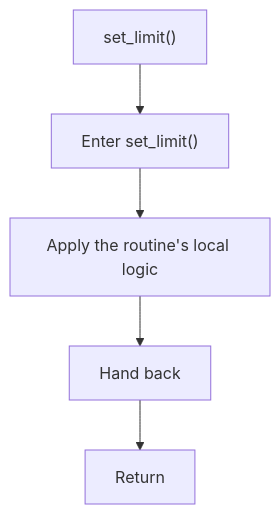
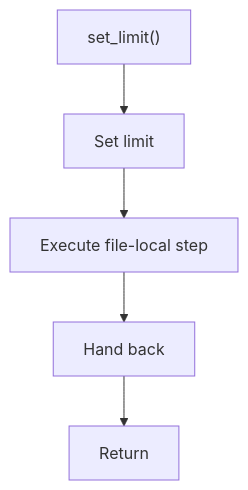
The fourth of 6 diagrams in docs/Codebase/LegacyPatternTransformSamples/legacy_builder_to_singleton_sample.cpp.md (JohnAndrewBalbarosa/NeoTerritory), drawn with Mermaid before and after one commit. The commit also changed other lines of this file and 915 other files, not shown here.

````diff
--- a/docs/Codebase/LegacyPatternTransformSamples/legacy_builder_to_singleton_sample.cpp.md
+++ b/docs/Codebase/LegacyPatternTransformSamples/legacy_builder_to_singleton_sample.cpp.md
@@ -118,12 +117,12 @@
 ```mermaid
 flowchart TD
     Start["set_limit()"]
-    N0["Enter set_limit()"]
-    N1["Apply the routine's local logic"]
+    N0["Set limit"]
+    N1["Execute file-local step"]
     N2["Hand back"]
     End["Return"]
     Start --> N0
     N0 --> N1
     N1 --> N2
     N2 --> End
 ```
````
